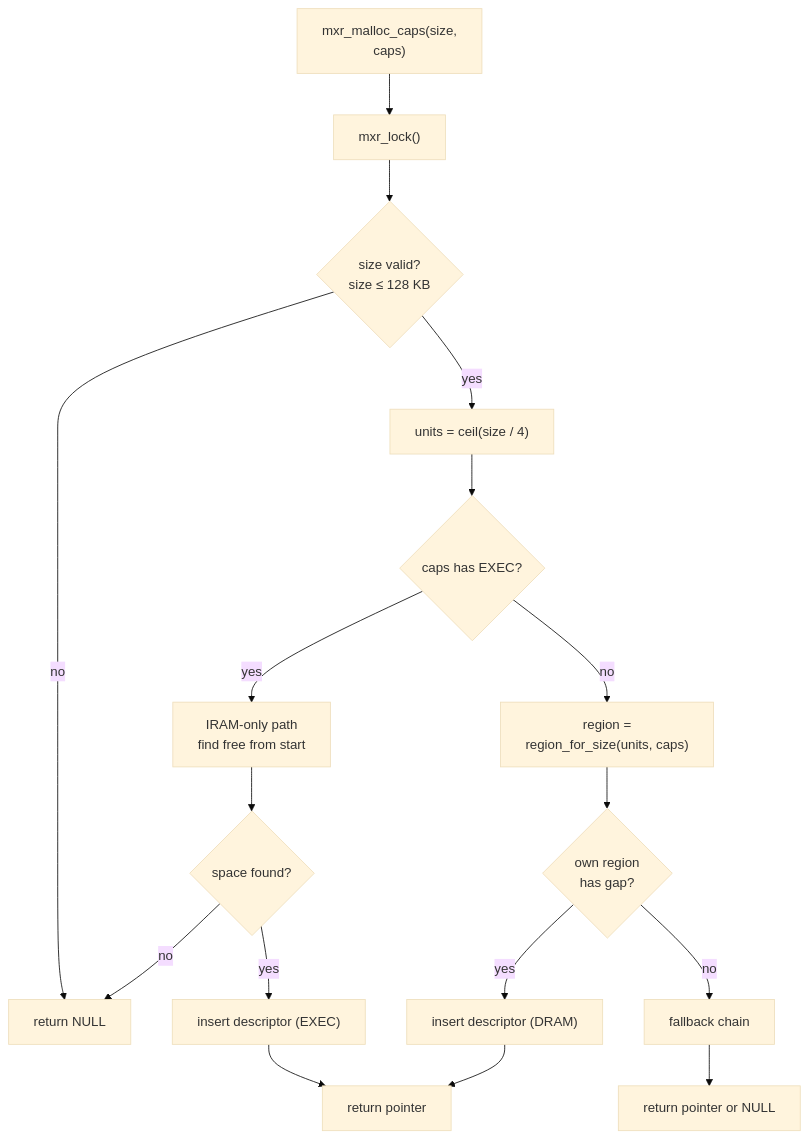
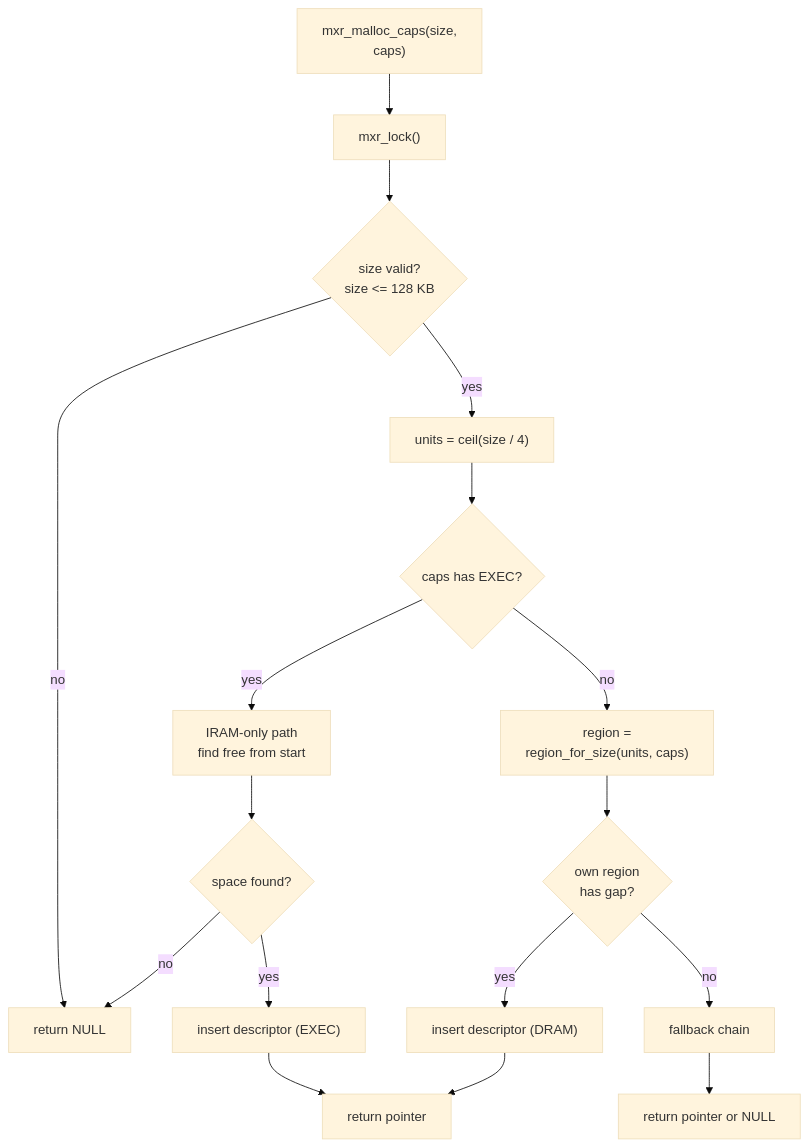
One commit to Dzantemir/MXR-MALLOC changed the first of 5 diagrams in README.md. Above: the diagram before and after it, drawn with Mermaid (base theme). The commit also changed other lines of this file, not shown here.

````diff
--- a/README.md
+++ b/README.md
@@ -155,34 +155,34 @@
 ```mermaid
 flowchart TD
-    Start["mxr_malloc_caps(size,<br/>caps)"]
+    Start["mxr_malloc_caps(size,<br>caps)"]
     Lock["mxr_lock()"]
-    Valid{"size valid?<br/>size ≤ 128 KB"}
+    Valid{"size valid?<br>size <= 128 KB"}
     FailNull["return NULL"]
     Units["units = ceil(size / 4)"]
     Exec{"caps has EXEC?"}
-    IramOnly["IRAM-only path<br/>find free from start"]
+    IramOnly["IRAM-only path<br>find free from start"]
     IramOk{"space found?"}
     InsertExec["insert descriptor (EXEC)"]
     Done["return pointer"]
-    Region["region =<br/>region_for_size(units, caps)"]
-    TryOwn{"own region<br/>has gap?"}
+    Region["region =<br>region_for_size(units, caps)"]
+    TryOwn{"own region<br>has gap?"}
     InsertDram["insert descriptor (DRAM)"]
     Fallback["fallback chain"]
     Done2["return pointer or NULL"]
     Start --> Lock
     Lock --> Valid
     Valid -->|no| FailNull
     Valid -->|yes| Units
     Units --> Exec
     Exec -->|yes| IramOnly
     IramOnly --> IramOk
     IramOk -->|no| FailNull
     IramOk -->|yes| InsertExec
     InsertExec --> Done
     Exec -->|no| Region
     Region --> TryOwn
     TryOwn -->|yes| InsertDram
     InsertDram --> Done
     TryOwn -->|no| Fallback
     Fallback --> Done2
 ```
````
